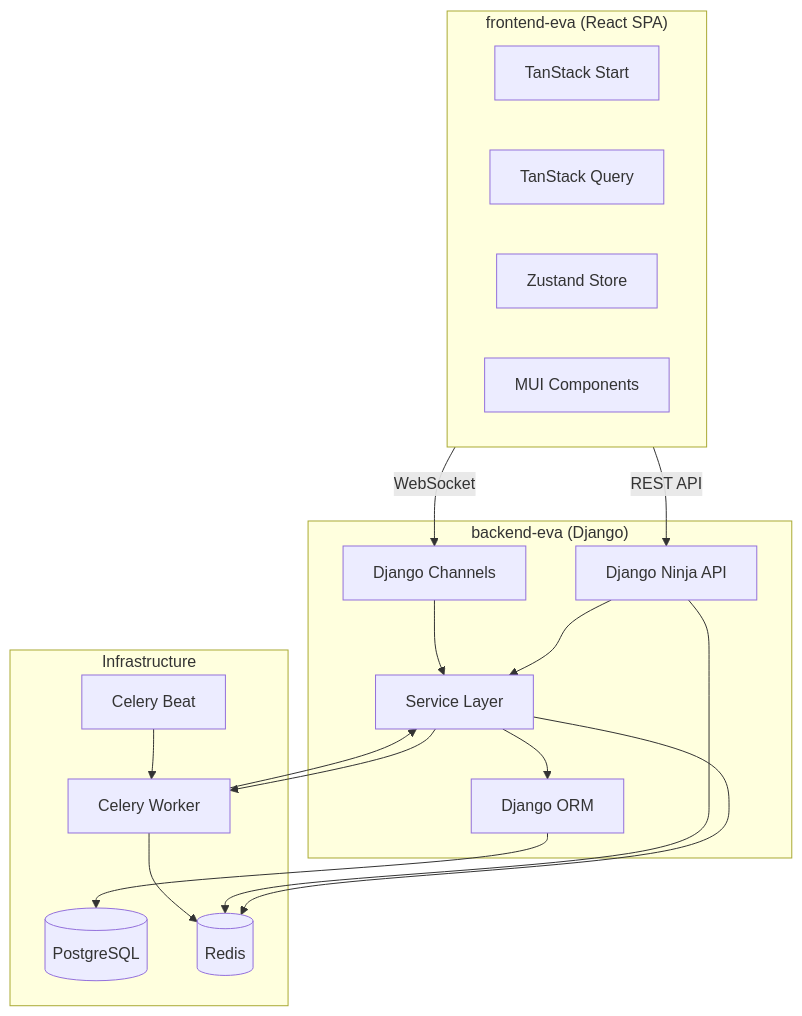
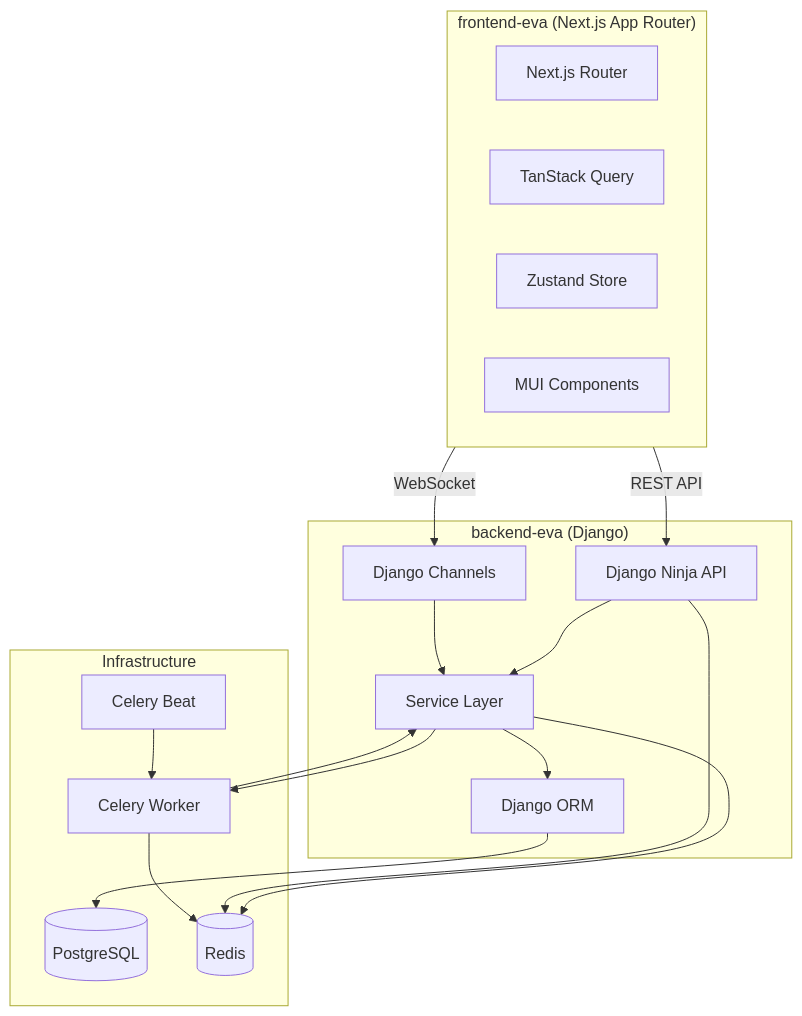
The first of 4 diagrams in .kiro/specs/evea-learning-platform/design.md (cbello03/eva), drawn with Mermaid before and after one commit. The commit also changed other lines of this file and 112 other files, not shown here.

````diff
--- a/.kiro/specs/evea-learning-platform/design.md
+++ b/.kiro/specs/evea-learning-platform/design.md
@@ -20,36 +20,36 @@
 ```mermaid
 graph TB
-    subgraph Frontend["frontend-eva (React SPA)"]
-        Router[TanStack Start]
+    subgraph Frontend["frontend-eva (Next.js App Router)"]
+        Router[Next.js Router]
         Query[TanStack Query]
         Store[Zustand Store]
         UI[MUI Components]
     end
 
     subgraph Backend["backend-eva (Django)"]
         Ninja[Django Ninja API]
         Channels[Django Channels]
         Services[Service Layer]
         Models[Django ORM]
     end
 
     subgraph Infrastructure
         PG[(PostgreSQL)]
         RD[(Redis)]
         CW[Celery Worker]
         CB[Celery Beat]
     end
 
     Frontend -->|REST API| Ninja
     Frontend -->|WebSocket| Channels
     Ninja --> Services
     Channels --> Services
     Services --> Models
     Models --> PG
     Services --> RD
     Ninja --> RD
     CW --> Services
     CB --> CW
     CW --> RD
     Services --> CW
 ```
````
